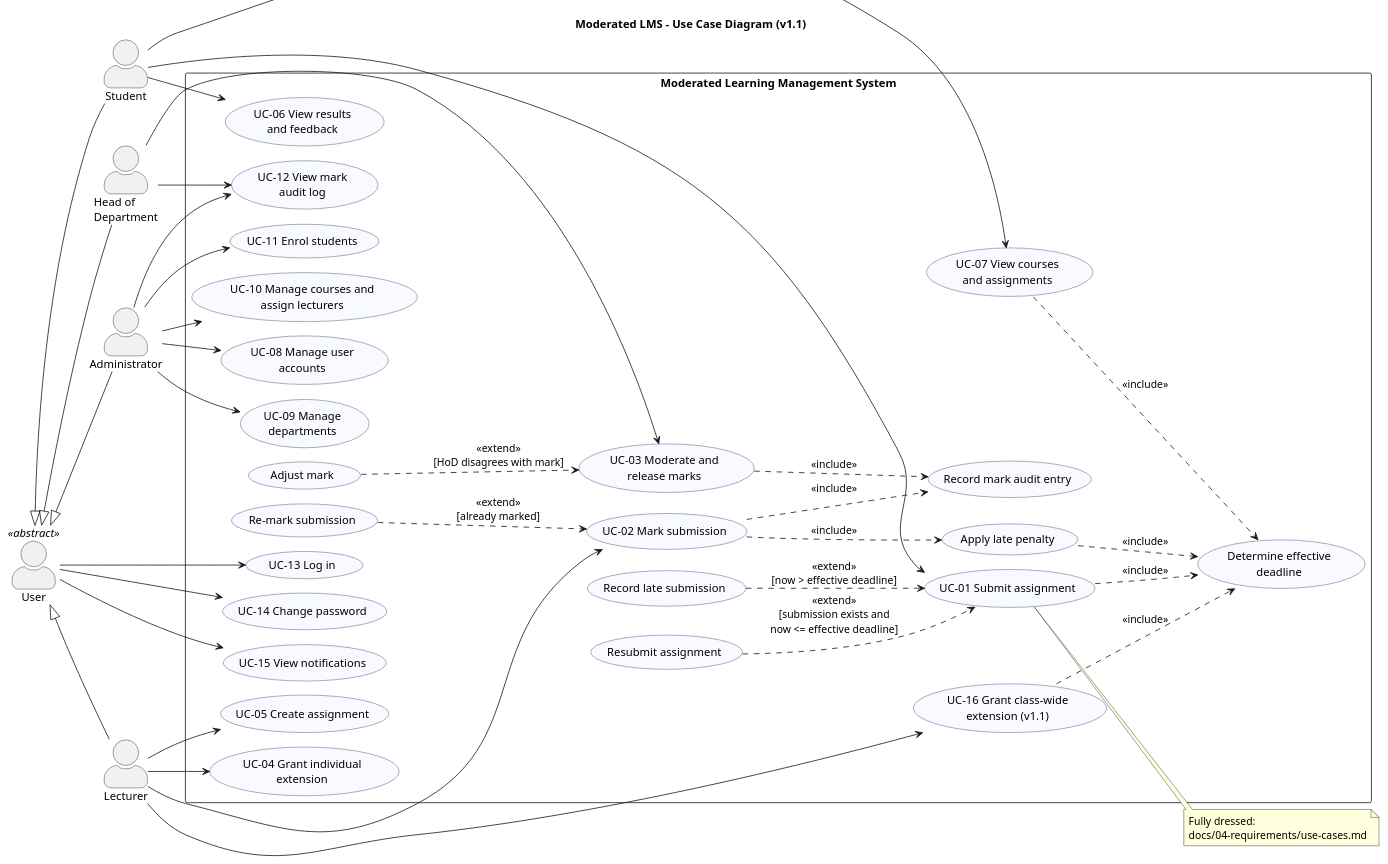
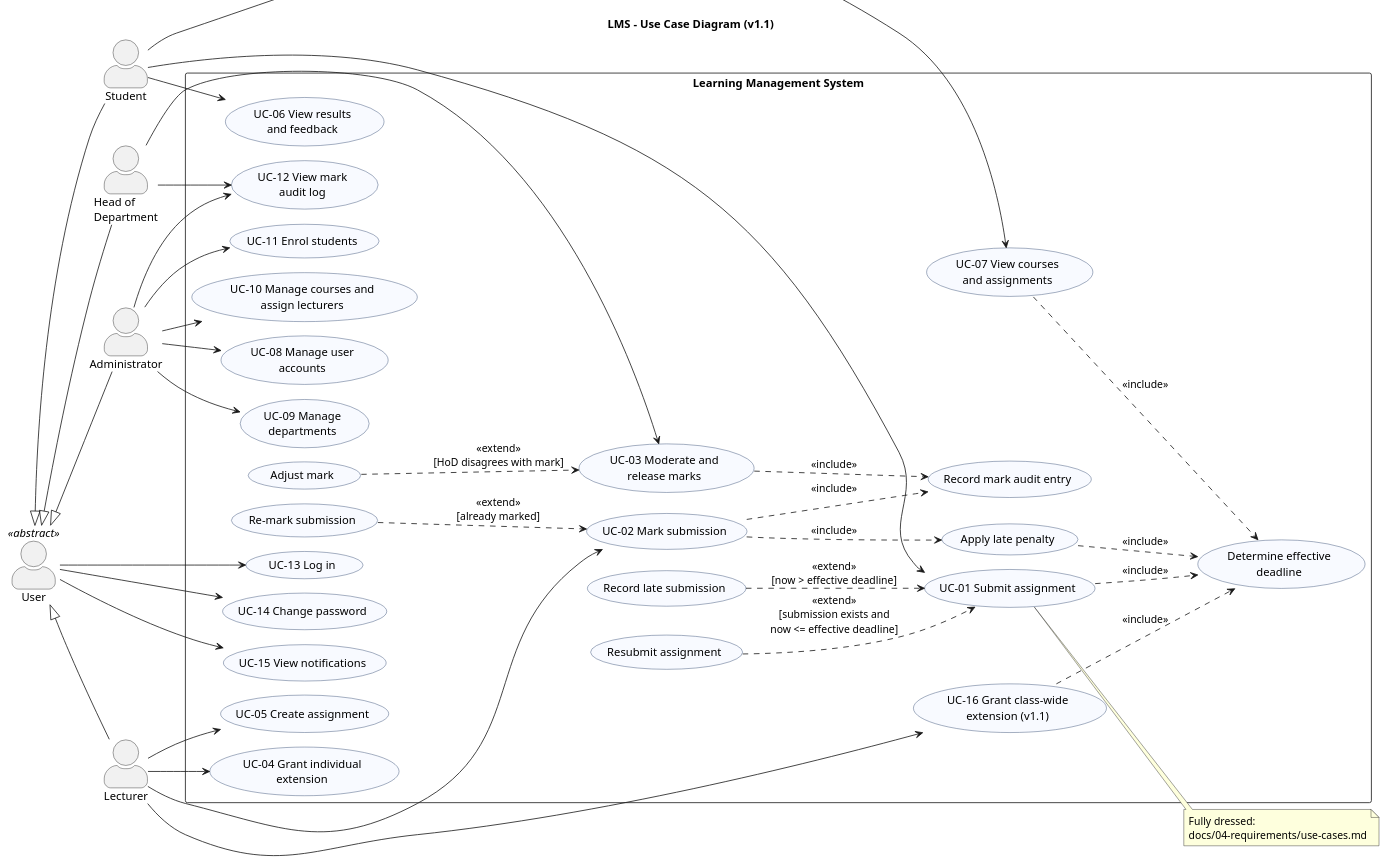
Before and after one commit to victormonyekem02-sudo/Edu-Management-System: the diagram in docs/diagrams/use-case.puml, drawn with PlantUML. The commit also changed 33 other files, not shown here.

First line of the commit message:
chore: name the system "Learning Management System" (drop "Moderated")

```diff
--- a/docs/diagrams/use-case.puml
+++ b/docs/diagrams/use-case.puml
@@ -1,93 +1,93 @@
 @startuml use-case
 !pragma layout smetana
-title Moderated LMS - Use Case Diagram (v1.1)
+title LMS - Use Case Diagram (v1.1)
 left to right direction
 skinparam packageStyle rectangle
 skinparam actorStyle awesome
 skinparam usecase {
   BackgroundColor #F8FAFF
   BorderColor #1F3864
 }
 
 actor "User" as User <<abstract>>
 actor "Student" as Student
 actor "Lecturer" as Lecturer
 actor "Head of\nDepartment" as HoD
 actor "Administrator" as Admin
 
 User <|-- Student
 User <|-- Lecturer
 User <|-- HoD
 User <|-- Admin
 
-rectangle "Moderated Learning Management System" {
+rectangle "Learning Management System" {
   usecase "UC-13 Log in" as UC13
   usecase "UC-14 Change password" as UC14
   usecase "UC-15 View notifications" as UC15
 
   usecase "UC-07 View courses\nand assignments" as UC07
   usecase "UC-01 Submit assignment" as UC01
   usecase "Resubmit assignment" as UC01R
   usecase "Record late submission" as UC01L
   usecase "UC-06 View results\nand feedback" as UC06
   usecase "Determine effective\ndeadline" as DEAD
 
   usecase "UC-05 Create assignment" as UC05
   usecase "UC-04 Grant individual\nextension" as UC04
   usecase "UC-16 Grant class-wide\nextension (v1.1)" as UC16
   usecase "UC-02 Mark submission" as UC02
   usecase "Re-mark submission" as UC02R
   usecase "Apply late penalty" as PEN
   usecase "Record mark audit entry" as AUD
 
   usecase "UC-03 Moderate and\nrelease marks" as UC03
   usecase "Adjust mark" as UC03A
   usecase "UC-12 View mark\naudit log" as UC12
 
   usecase "UC-08 Manage user\naccounts" as UC08
   usecase "UC-09 Manage\ndepartments" as UC09
   usecase "UC-10 Manage courses and\nassign lecturers" as UC10
   usecase "UC-11 Enrol students" as UC11
 }
 
 User --> UC13
 User --> UC14
 User --> UC15
 
 Student --> UC07
 Student --> UC01
 Student --> UC06
 
 Lecturer --> UC05
 Lecturer --> UC04
 Lecturer --> UC16
 UC16 ..> DEAD : <<include>>
 Lecturer --> UC02
 
 HoD --> UC03
 HoD --> UC12
 
 Admin --> UC08
 Admin --> UC09
 Admin --> UC10
 Admin --> UC11
 Admin --> UC12
 
 UC01 ..> DEAD : <<include>>
 UC07 ..> DEAD : <<include>>
 UC01R ..> UC01 : <<extend>>\n[submission exists and\nnow <= effective deadline]
 UC01L ..> UC01 : <<extend>>\n[now > effective deadline]
 
 UC02 ..> PEN : <<include>>
 UC02 ..> AUD : <<include>>
 PEN ..> DEAD : <<include>>
 UC02R ..> UC02 : <<extend>>\n[already marked]
 
 UC03 ..> AUD : <<include>>
 UC03A ..> UC03 : <<extend>>\n[HoD disagrees with mark]
 
 note right of UC01
   Fully dressed:
   docs/04-requirements/use-cases.md
 end note
 @enduml
```
